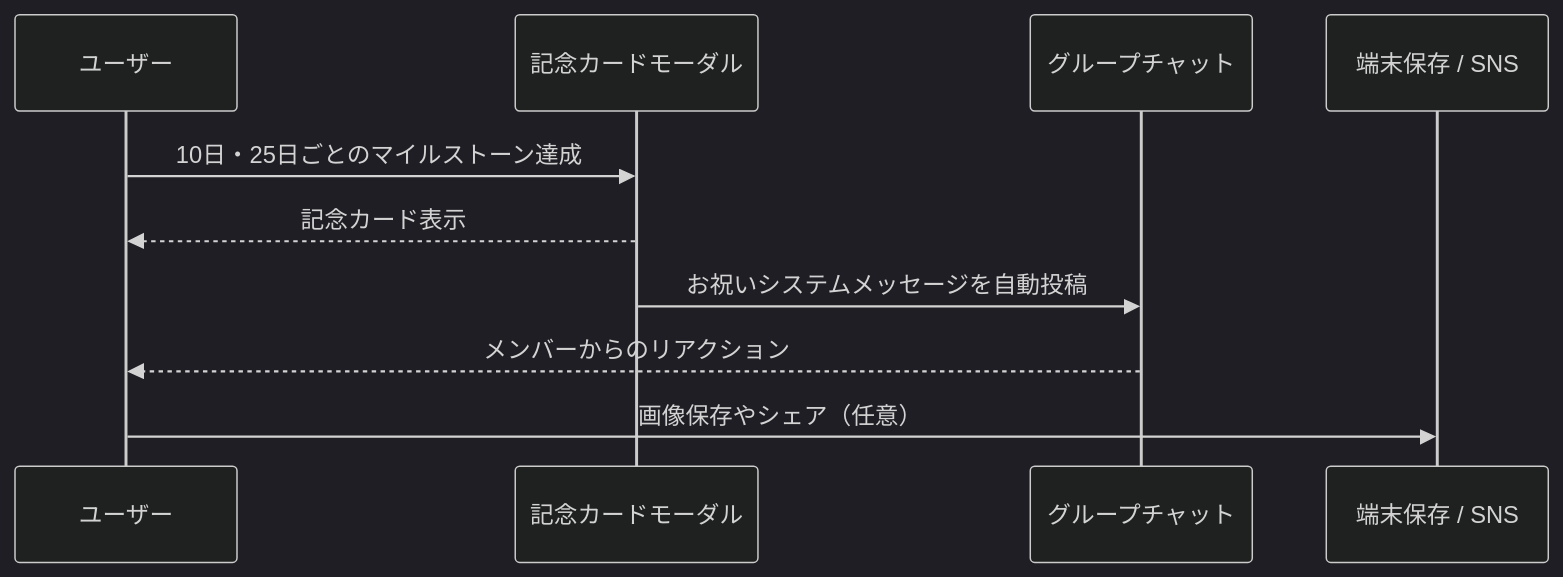
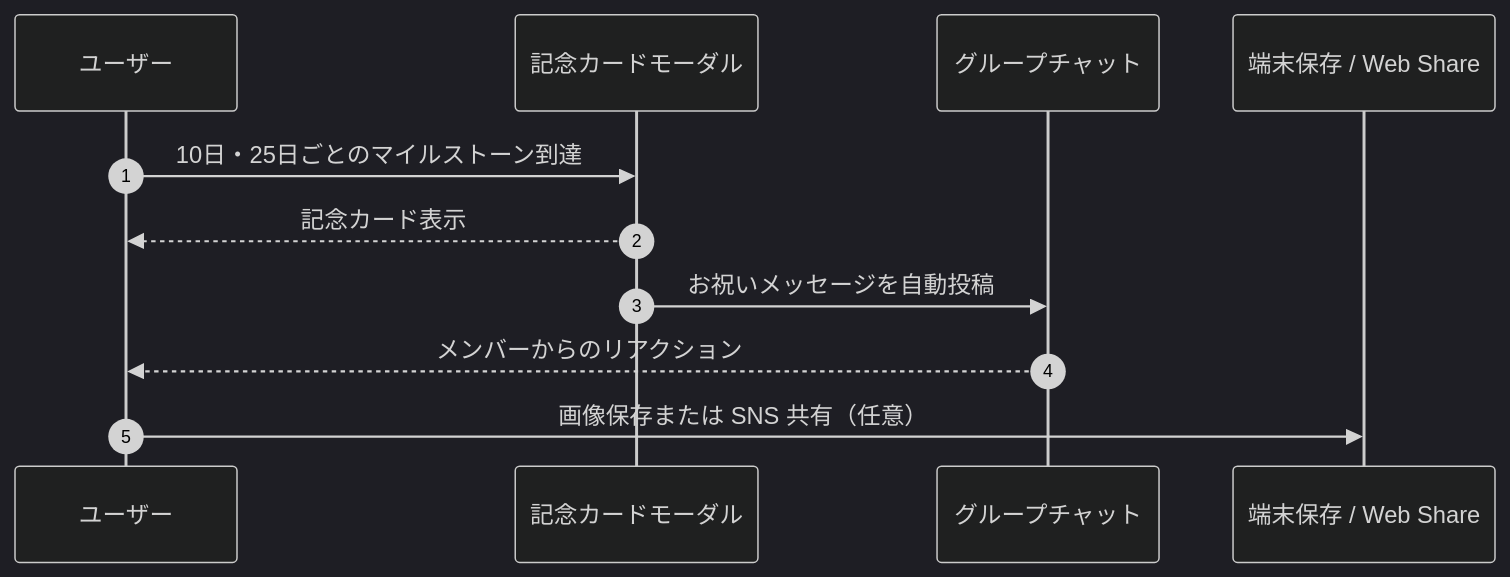
One commit to ScriptureHabit/scripture-habit changed the third of 3 diagrams in docs/ja/logic-milestone-retention.md. Above: the diagram before and after it, drawn with Mermaid (dark theme). The commit also changed other lines of this file and 57 other files, not shown here.

Commit message:
docs: refine documentation prose and add structured diagram breakdowns across JA and EN

````diff
--- a/docs/ja/logic-milestone-retention.md
+++ b/docs/ja/logic-milestone-retention.md
@@ -110,13 +107,14 @@
 ```mermaid
 sequenceDiagram
+    autonumber
     participant User as ユーザー
     participant Modal as 記念カードモーダル
     participant Group as グループチャット
-    participant SNS as 端末保存 / SNS
+    participant SNS as 端末保存 / Web Share
 
-    User->>Modal: 10日・25日ごとのマイルストーン達成
+    User->>Modal: 10日・25日ごとのマイルストーン到達
     Modal-->>User: 記念カード表示
-    Modal->>Group: お祝いシステムメッセージを自動投稿
+    Modal->>Group: お祝いメッセージを自動投稿
     Group-->>User: メンバーからのリアクション
-    User->>SNS: 画像保存やシェア（任意）
+    User->>SNS: 画像保存または SNS 共有（任意）
 ```
````
